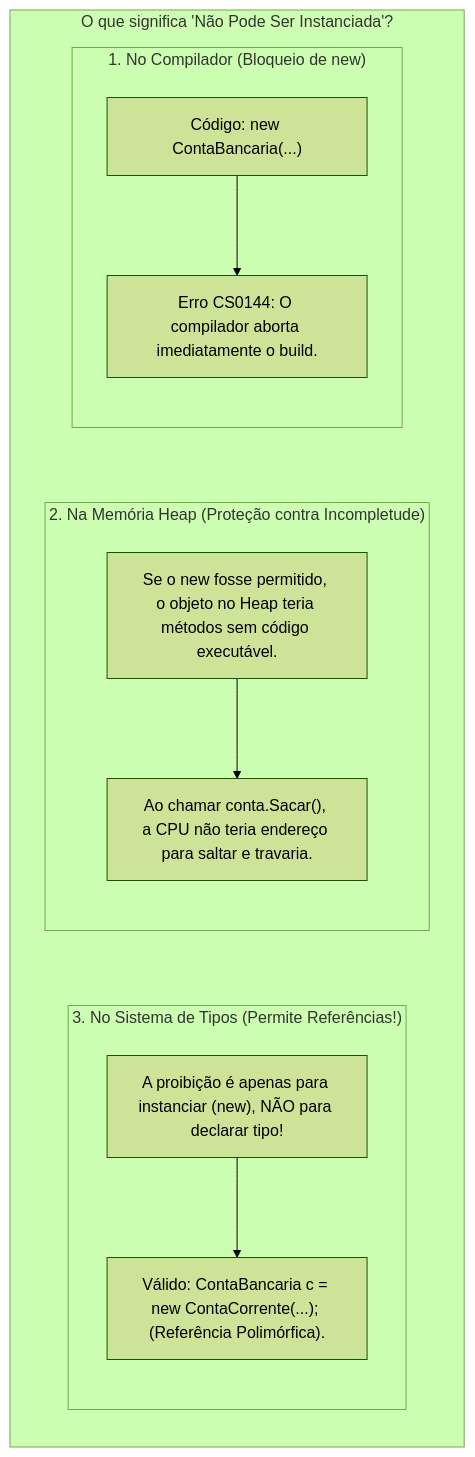
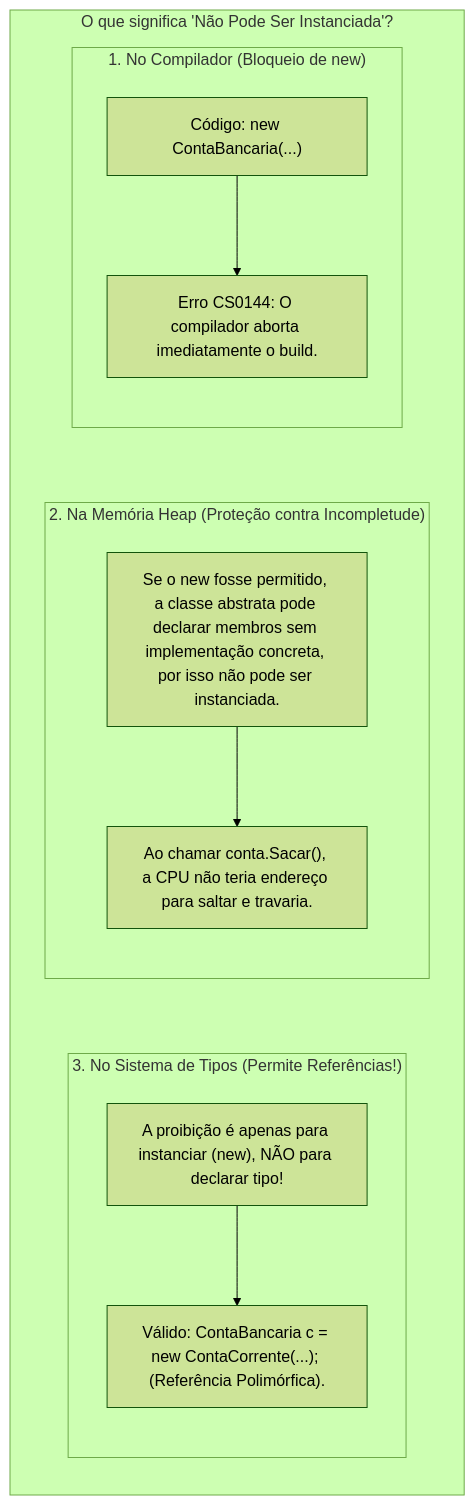
One commit to leorruas/puc changed the second of 8 diagrams in 01. Programacao Modular/18. Classes abstratas e métodos abstratos (contratos de herança e polimorfismo puro).md. Above: the diagram before and after it, drawn with Mermaid (forest theme). The commit also changed other lines of this file and 5 other files, not shown here.

````diff
--- a/01. Programacao Modular/18. Classes abstratas e métodos abstratos (contratos de herança e polimorfismo puro).md
+++ b/01. Programacao Modular/18. Classes abstratas e métodos abstratos (contratos de herança e polimorfismo puro).md
@@ -136,29 +113,29 @@
 ```mermaid
 flowchart TD
     subgraph OQueSignificaInstanciar ["O que significa 'Não Pode Ser Instanciada'?"]
         direction TB
 
         subgraph Compilador ["1. No Compilador (Bloqueio de new)"]
             direction TB
             C1["Código: new ContaBancaria(...)"]
             C2["Erro CS0144: O compilador aborta imediatamente o build."]
             C1 --> C2
         end
 
         subgraph Memoria ["2. Na Memória Heap (Proteção contra Incompletude)"]
             direction TB
-            M1["Se o new fosse permitido, o objeto no Heap teria métodos sem código executável."]
+            M1["Se o new fosse permitido, a classe abstrata pode declarar membros sem implementação concreta, por isso não pode ser instanciada."]
             M2["Ao chamar conta.Sacar(), a CPU não teria endereço para saltar e travaria."]
             M1 --> M2
         end
 
         subgraph Referencia ["3. No Sistema de Tipos (Permite Referências!)"]
             direction TB
             R1["A proibição é apenas para instanciar (new), NÃO para declarar tipo!"]
             R2["Válido: ContaBancaria c = new ContaCorrente(...); (Referência Polimórfica)."]
             R1 --> R2
         end
 
         Compilador ~~~ Memoria ~~~ Referencia
     end
 ```
````
